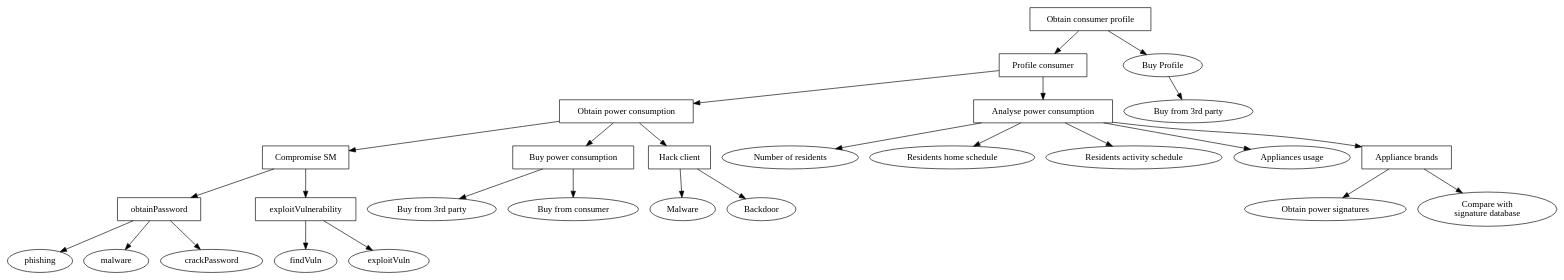
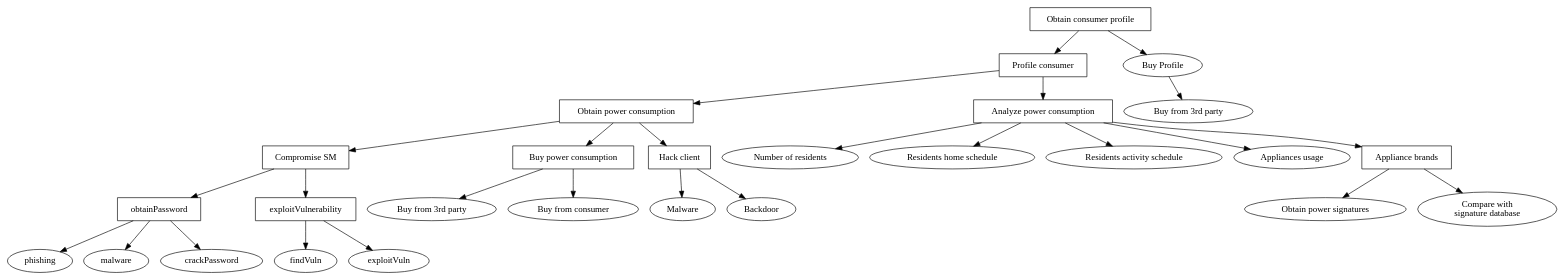
The diagram in figures/graphviz/information_stealing_vs_consumer_tree.dot (des904e15/report), drawn with Graphviz before and after one commit. The commit also changed 1 other file, not shown here.

```diff
--- a/figures/graphviz/information_stealing_vs_consumer_tree.dot
+++ b/figures/graphviz/information_stealing_vs_consumer_tree.dot
@@ -1,57 +1,57 @@
 digraph G{
 	node [style=filled fillcolor=white]
 
 	root[label="Obtain consumer profile",shape=OR];	
 
 	root -> profile;
 	buyProfile[label="Buy Profile"];
 	root -> buyProfile;
 
 	buy_third_party2[label="Buy from 3rd party"];
 	buyProfile ->  buy_third_party2;
 
 	profile[label="Profile consumer",shape=AND];
 
 	obtain_information[label="Obtain power consumption",shape=OR];
-	analyse_power_consumption[label="Analyse power consumption",shape=OR];
+	analyse_power_consumption[label="Analyze power consumption",shape=OR];
 
 	compromise_sm[label="Compromise SM",shape=OR];
 		compromise_sm -> obtainPassword;
 		compromise_sm -> exploitVulnerability;
 
 		obtainPassword[shape=OR];
 		obtainPassword -> phishing;
 		malware2[label="malware"];
 		obtainPassword -> malware2;
 		obtainPassword -> crackPassword;
 
 		exploitVulnerability[shape=AND];
 		exploitVulnerability -> findVuln;
 		exploitVulnerability -> exploitVuln;
 
 	buy_information[label="Buy power consumption",shape=OR]
 	hack_client[label="Hack client",shape=OR];
 	residents[label="Number of residents"];
 	home[label="Residents home schedule"];
 	activity_residents[label="Residents activity schedule"];
 	when_appl[label="Appliances usage"];
 	what_appl[label="Appliance brands",shape=AND];
 
 	buy_third_party[label="Buy from 3rd party"];
 	buy_from_consumer[label="Buy from consumer"];
 	
 	malware[label="Malware"];
 	backdoor[label="Backdoor"];
 	power_signatures[label="Obtain power signatures"];
 	power_compare[label="Compare with \nsignature database"]
 	
 
 	profile -> obtain_information, analyse_power_consumption;
 	obtain_information -> compromise_sm, buy_information, hack_client;
 	analyse_power_consumption ->  residents, activity_residents, home, when_appl, what_appl;
 	buy_information -> buy_third_party, buy_from_consumer;
 	hack_client -> malware, backdoor;
 
 	what_appl -> power_signatures, power_compare;
 	
 	}
```
